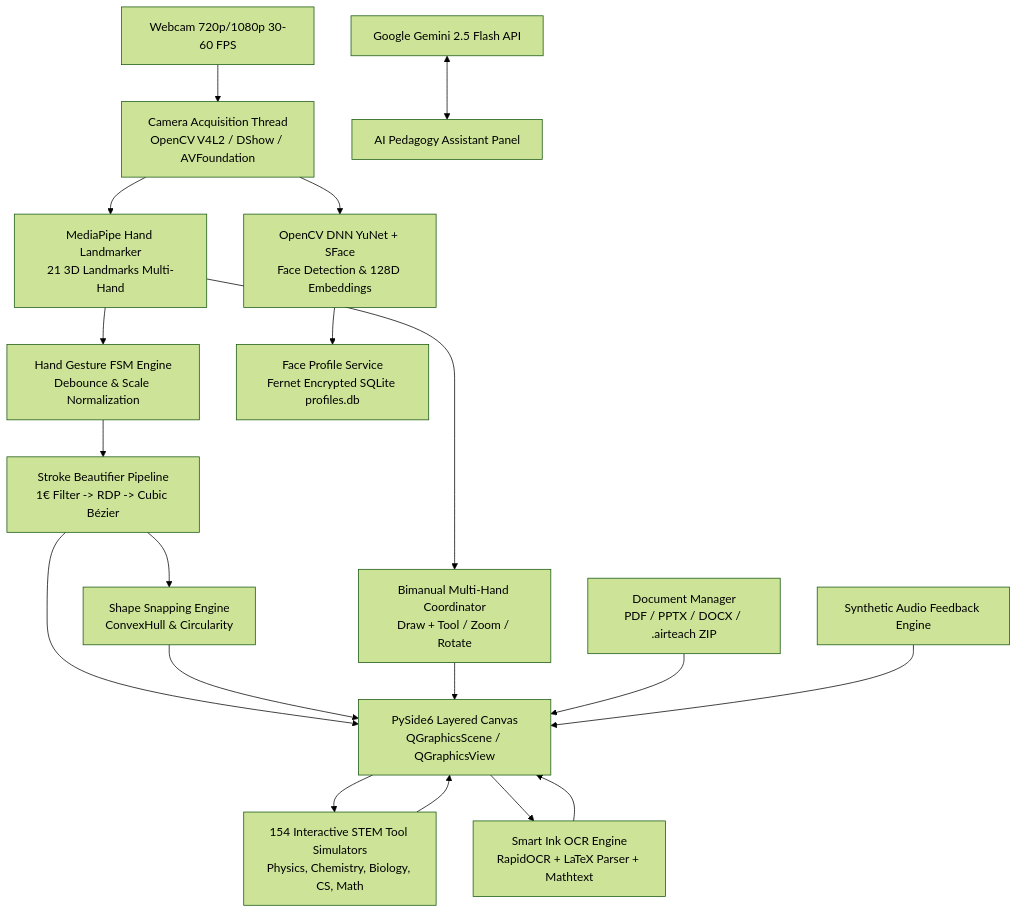
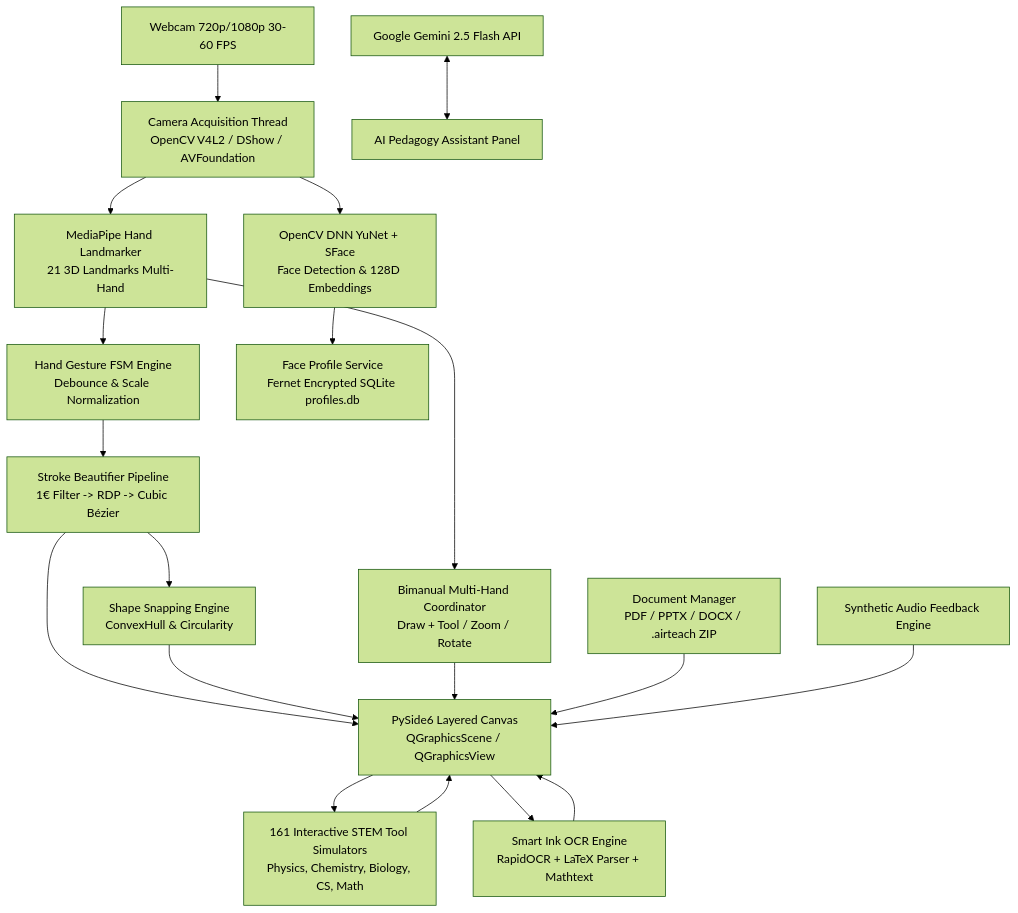
One commit to ducnt2104/AirTeach-AI changed the diagram in README.md. Above: the diagram before and after it, drawn with Mermaid (forest theme). The commit also changed other lines of this file and 5 other files, not shown here.

````diff
--- a/README.md
+++ b/README.md
@@ -199,28 +199,28 @@
 ```mermaid
 graph TD
     A[Webcam 720p/1080p 30-60 FPS] --> B[Camera Acquisition Thread\nOpenCV V4L2 / DShow / AVFoundation]
     B --> C[MediaPipe Hand Landmarker\n21 3D Landmarks Multi-Hand]
     B --> D[OpenCV DNN YuNet + SFace\nFace Detection & 128D Embeddings]
     
     C --> E[Hand Gesture FSM Engine\nDebounce & Scale Normalization]
     C --> F[Bimanual Multi-Hand Coordinator\nDraw + Tool / Zoom / Rotate]
     
     E --> G[Stroke Beautifier Pipeline\n1€ Filter -> RDP -> Cubic Bézier]
     G --> H[Shape Snapping Engine\nConvexHull & Circularity]
     
     G --> I[PySide6 Layered Canvas\nQGraphicsScene / QGraphicsView]
     H --> I
     F --> I
     
-    I --> J[154 Interactive STEM Tool Simulators\nPhysics, Chemistry, Biology, CS, Math]
+    I --> J[161 Interactive STEM Tool Simulators\nPhysics, Chemistry, Biology, CS, Math]
     J --> I
     
     I --> K[Smart Ink OCR Engine\nRapidOCR + LaTeX Parser + Mathtext]
     K --> I
     
     D --> L[Face Profile Service\nFernet Encrypted SQLite profiles.db]
     
     M[Document Manager\nPDF / PPTX / DOCX / .airteach ZIP] --> I
     N[Google Gemini 2.5 Flash API] <--> O[AI Pedagogy Assistant Panel]
     P[Synthetic Audio Feedback Engine] --> I
 ```
````
